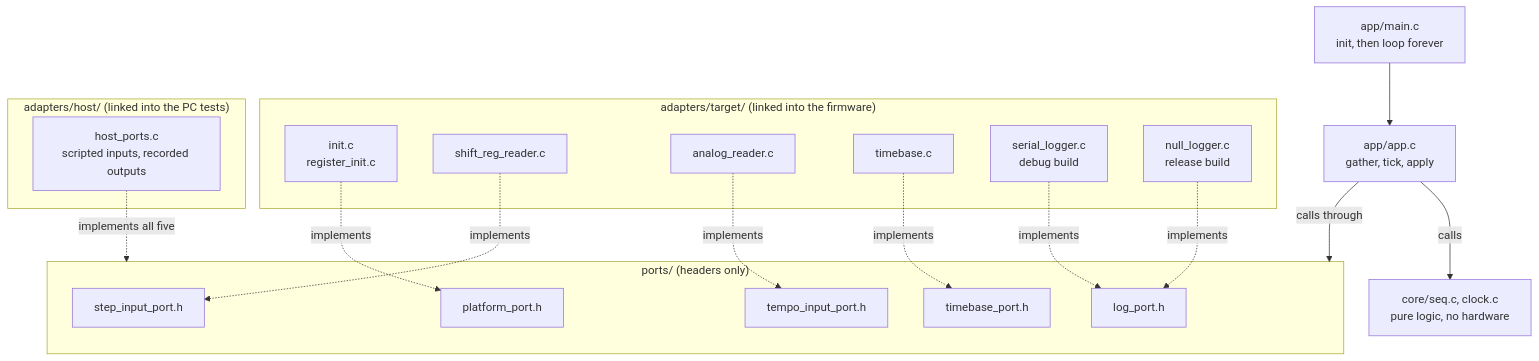
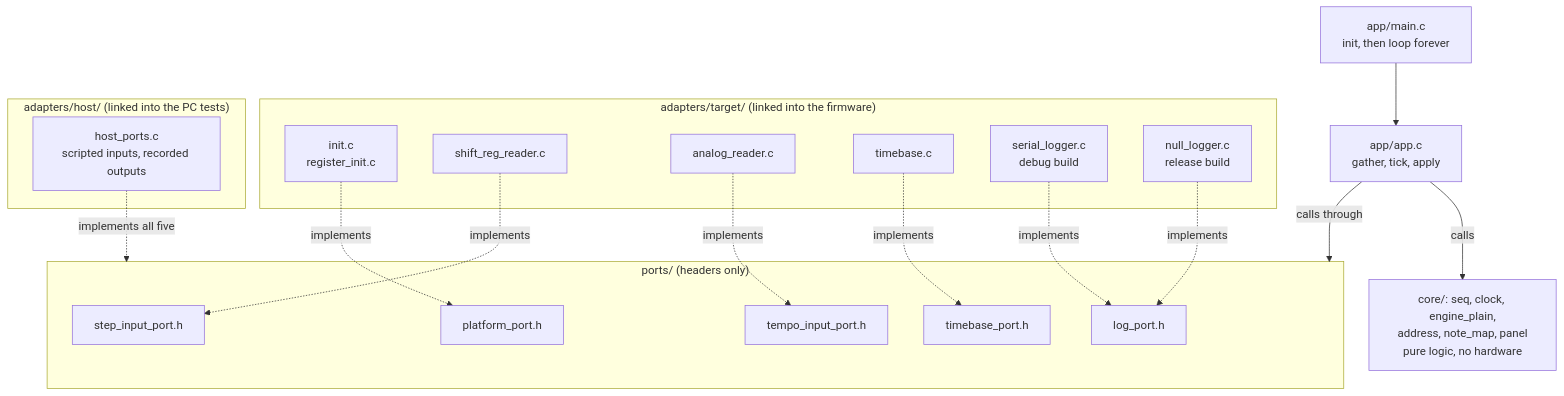
The second of 19 diagrams in docs/ARCHITECTURE.md (BonelessPig/nano_sequencer), drawn with Mermaid before and after one commit. The commit also changed other lines of this file and 33 other files, not shown here.

````diff
--- a/docs/ARCHITECTURE.md
+++ b/docs/ARCHITECTURE.md
@@ -47,31 +49,31 @@
 ```mermaid
 flowchart TD
     main["app/main.c<br/>init, then loop forever"] --> app["app/app.c<br/>gather, tick, apply"]
-    app -->|"calls"| core["core/seq.c, clock.c<br/>pure logic, no hardware"]
+    app -->|"calls"| core["core/: seq, clock, engine_plain,<br/>address, note_map, panel<br/>pure logic, no hardware"]
     app -->|"calls through"| ports
     subgraph ports["ports/ (headers only)"]
         p_platform["platform_port.h"]
         p_step["step_input_port.h"]
         p_tempo["tempo_input_port.h"]
         p_time["timebase_port.h"]
         p_log["log_port.h"]
     end
     subgraph target["adapters/target/ (linked into the firmware)"]
         t_init["init.c<br/>register_init.c"]
         t_shift["shift_reg_reader.c"]
         t_adc["analog_reader.c"]
         t_time["timebase.c"]
         t_serial["serial_logger.c<br/>debug build"]
         t_null["null_logger.c<br/>release build"]
     end
     subgraph host["adapters/host/ (linked into the PC tests)"]
         h_ports["host_ports.c<br/>scripted inputs, recorded outputs"]
     end
     t_init -.->|"implements"| p_platform
     t_shift -.->|"implements"| p_step
     t_adc -.->|"implements"| p_tempo
     t_time -.->|"implements"| p_time
     t_serial -.->|"implements"| p_log
     t_null -.->|"implements"| p_log
     h_ports -.->|"implements all five"| ports
 ```
````
